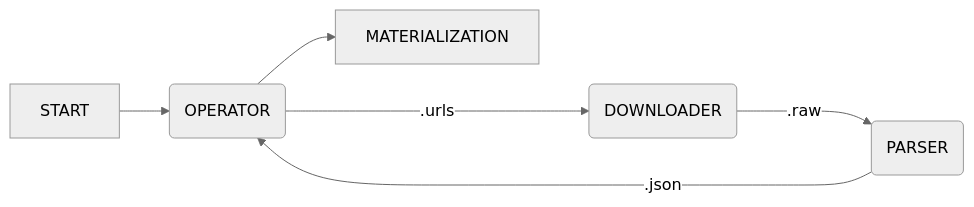
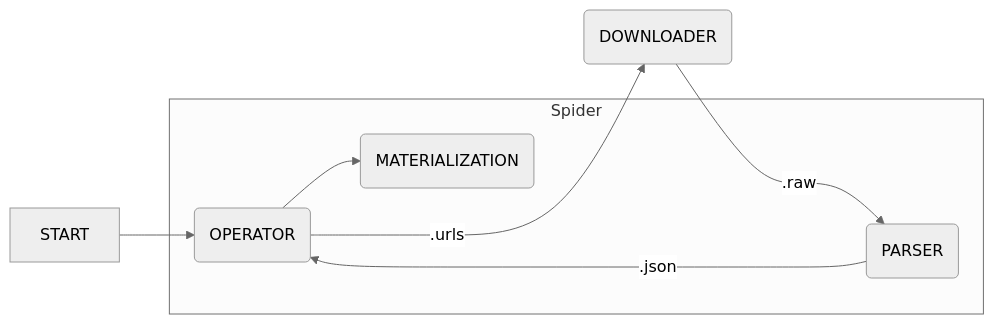
Before and after one commit to Glutexo/onigumo: the diagram in README.md, drawn with Mermaid (neutral theme).

Commit message:
Add Spider tasks to the flowchart
The flowchart was very simple, only mentioning the core parts of the workflow. The distinction between the framework and the userspace needs the diagram to be more complex. I resolved that by adding a subgraph showing the parts that require programming.

````diff
--- a/README.md
+++ b/README.md
@@ -17,8 +17,16 @@
 ```mermaid
 flowchart LR
     START              -->         operator(OPERATOR)
+
     operator   -- <hash>.urls ---> downloader(DOWNLOADER)
     downloader -- <hash>.raw  ---> parser(PARSER)
     parser     -- <hash>.json ---> operator
-    operator           -->         MATERIALIZATION
+
+    operator           -->         materialization(MATERIALIZATION)
+
+    subgraph Spider
+       operator
+       parser
+       materialization
+    end
 ```
````
